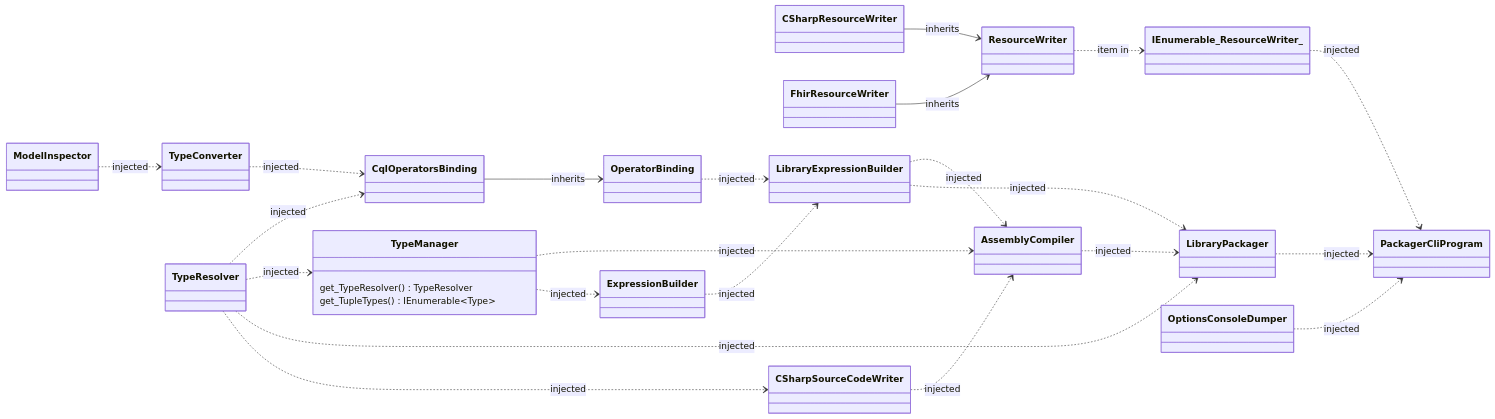
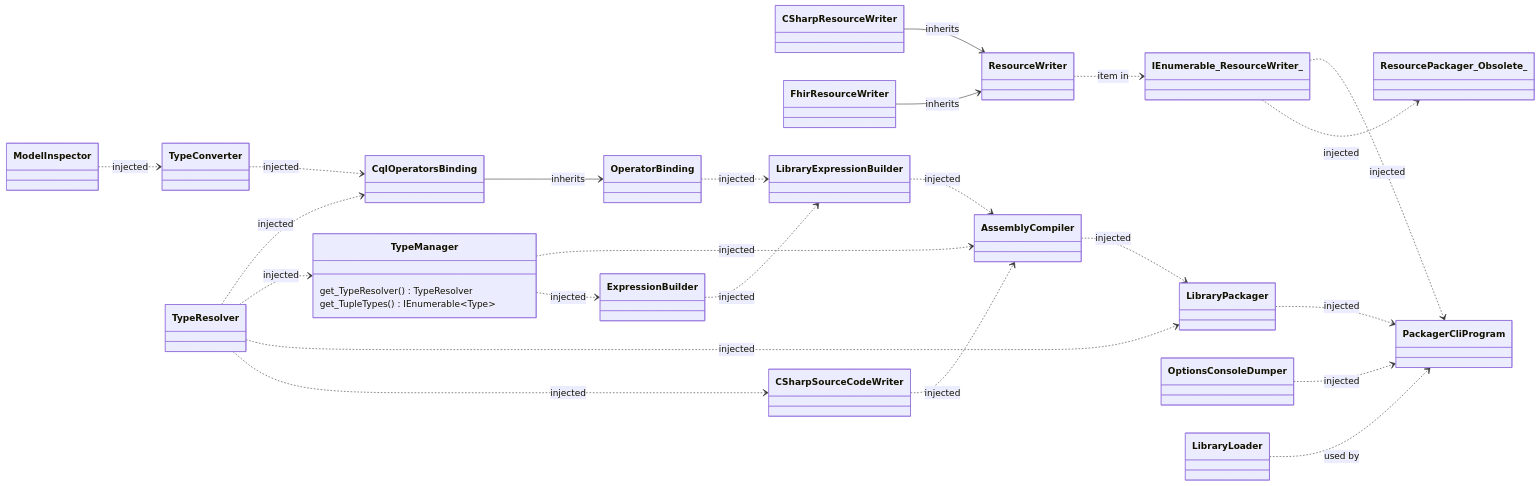
The diagram in docs/packager-cli-dependency-graph.md (FirelyTeam/firely-cql-sdk), drawn with Mermaid before and after one commit. The commit also changed 8 other files, not shown here.

Commit message:
begin LibrarySetExpressionBuilder

````diff
--- a/docs/packager-cli-dependency-graph.md
+++ b/docs/packager-cli-dependency-graph.md
@@ -5,46 +5,49 @@
 ```mermaid
 classDiagram
     direction LR
 
     class TypeManager {
         get_TypeResolver() TypeResolver
         get_TupleTypes() IEnumerable~Type~
     }
 
     %% HACK: Mermaid doesnt support commas withing generic, so use a similar looking character (﹐)
 
     %% Inheritance  
     CqlOperatorsBinding --> OperatorBinding : inherits
     CSharpResourceWriter --> ResourceWriter : inherits
     FhirResourceWriter --> ResourceWriter : inherits
 
     %% Injected Dependencies
     LibraryExpressionBuilder ..> AssemblyCompiler : injected
     CSharpSourceCodeWriter ..> AssemblyCompiler : injected
     TypeManager ..> AssemblyCompiler : injected
 
     TypeManager ..> ExpressionBuilder : injected
 
     IEnumerable_ResourceWriter_ ..> PackagerCliProgram : injected 
     LibraryPackager ..> PackagerCliProgram : injected 
     OptionsConsoleDumper ..> PackagerCliProgram : injected 
+    LibraryLoader ..> PackagerCliProgram : used by 
 
     TypeConverter ..> CqlOperatorsBinding : injected         
     TypeResolver ..> CqlOperatorsBinding : injected    
 
     ModelInspector ..> TypeConverter : injected  
 
     TypeResolver ..> TypeManager : injected
 
     TypeResolver ..> LibraryPackager : injected
     AssemblyCompiler ..> LibraryPackager : injected
-    LibraryExpressionBuilder ..> LibraryPackager : injected 
     
     TypeResolver ..> CSharpSourceCodeWriter : injected
 
     ExpressionBuilder ..> LibraryExpressionBuilder : injected
     OperatorBinding ..> LibraryExpressionBuilder : injected
 
     %% Rest
     ResourceWriter ..> IEnumerable_ResourceWriter_ : item in
+
+    %% Obsolete
+    IEnumerable_ResourceWriter_ ..> ResourcePackager_Obsolete_ : injected 
 ```
````
